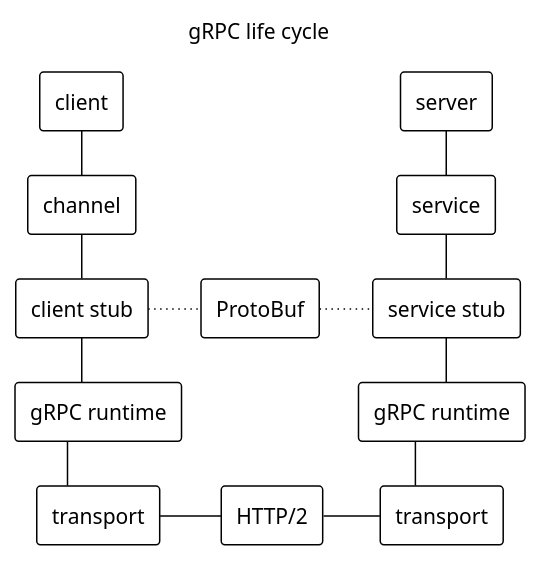
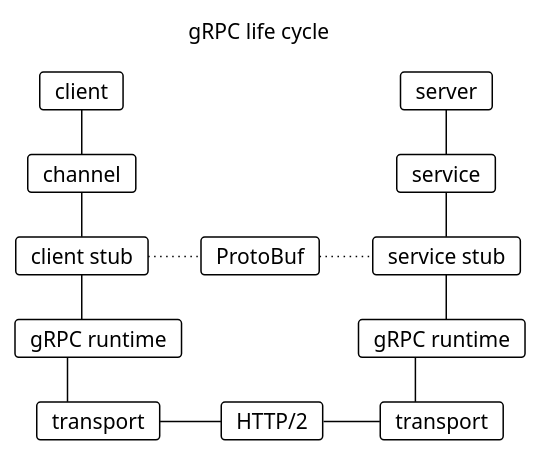
Before and after one commit to c0p4c4b4n4/grpc-grpc-java: the diagram in images/gRPC_life_cycle.puml, drawn with PlantUML. The commit also changed 3 other files, not shown here.

```diff
--- a/images/gRPC_life_cycle.puml
+++ b/images/gRPC_life_cycle.puml
@@ -1,53 +1,53 @@
 @startuml
 !theme mono
 scale 1.0
 title gRPC life cycle
 skinparam TitleFontStyle plain
 skinparam TitleFontSize 14
 skinparam defaultTextAlignment center
 skinparam linetype ortho
 skinparam ranksep 30
 
-rectangle "client" as client4
-rectangle "channel" as client3
-rectangle "client stub" as client2
-rectangle "gRPC runtime" as client1
-rectangle "transport" as client0
+card "client" as client4
+card "channel" as client3
+card "client stub" as client2
+card "gRPC runtime" as client1
+card "transport" as client0
 
-rectangle "server" as server4
-rectangle "service" as server3
-rectangle "service stub" as server2
-rectangle "gRPC runtime" as server1
-rectangle "transport" as server0
+card "server" as server4
+card "service" as server3
+card "service stub" as server2
+card "gRPC runtime" as server1
+card "transport" as server0
 
-rectangle "ProtoBuf" as protobuf
-rectangle "HTTP/2" as http
+card "ProtoBuf" as protobuf
+card "HTTP/2" as http
 
 client4 -d- client3
 client3 -d- client2
 client2 -d- client1
 client1 -[hidden]d- client0
 client1 -d- client0
 client1 -[hidden]d- client0
 client1 -[hidden]d- client0
 client1 -[hidden]d- client0
 client1 -[hidden]d- client0
 client1 -[hidden]d- client0
 
 server4 -d- server3
 server3 -d- server2
 server2 -d- server1
 server1 -[hidden]d- server0
 server1 -d- server0
 server1 -[hidden]d- server0
 server1 -[hidden]d- server0
 server1 -[hidden]d- server0
 server1 -[hidden]d- server0
 
 client2 -[dotted]r- protobuf
 protobuf -[dotted]r- server2
 
 client0 -r- http
 http -r- server0
 
 @enduml
```
